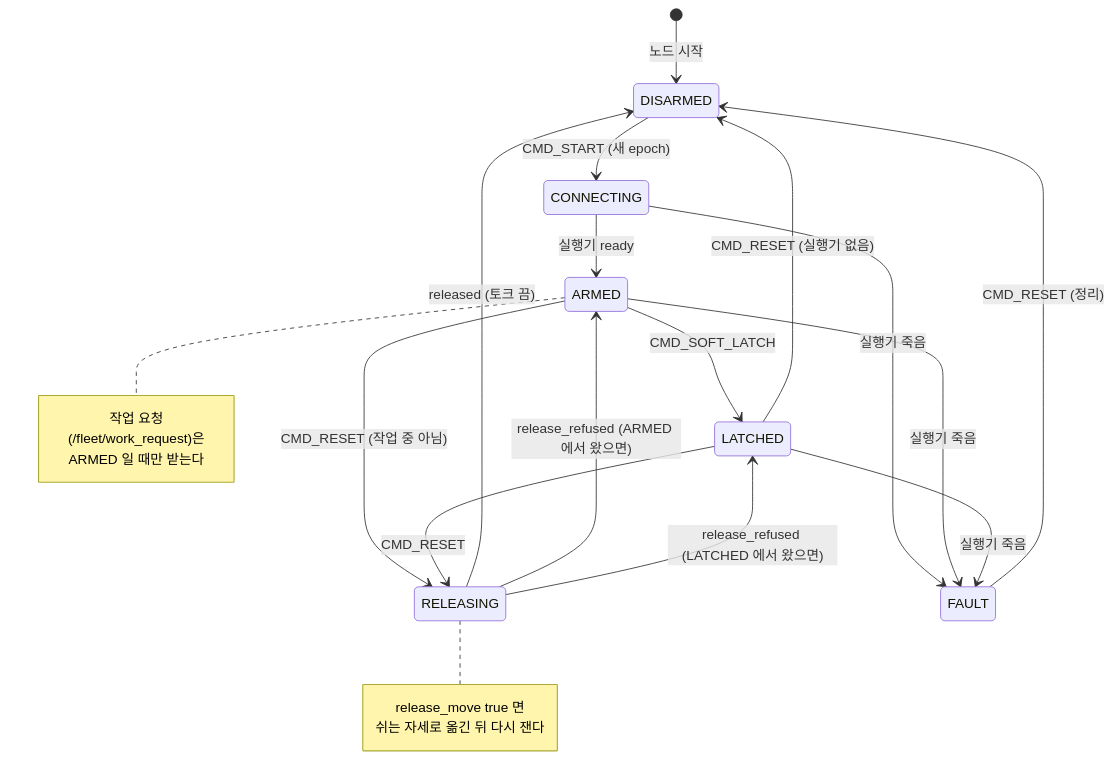
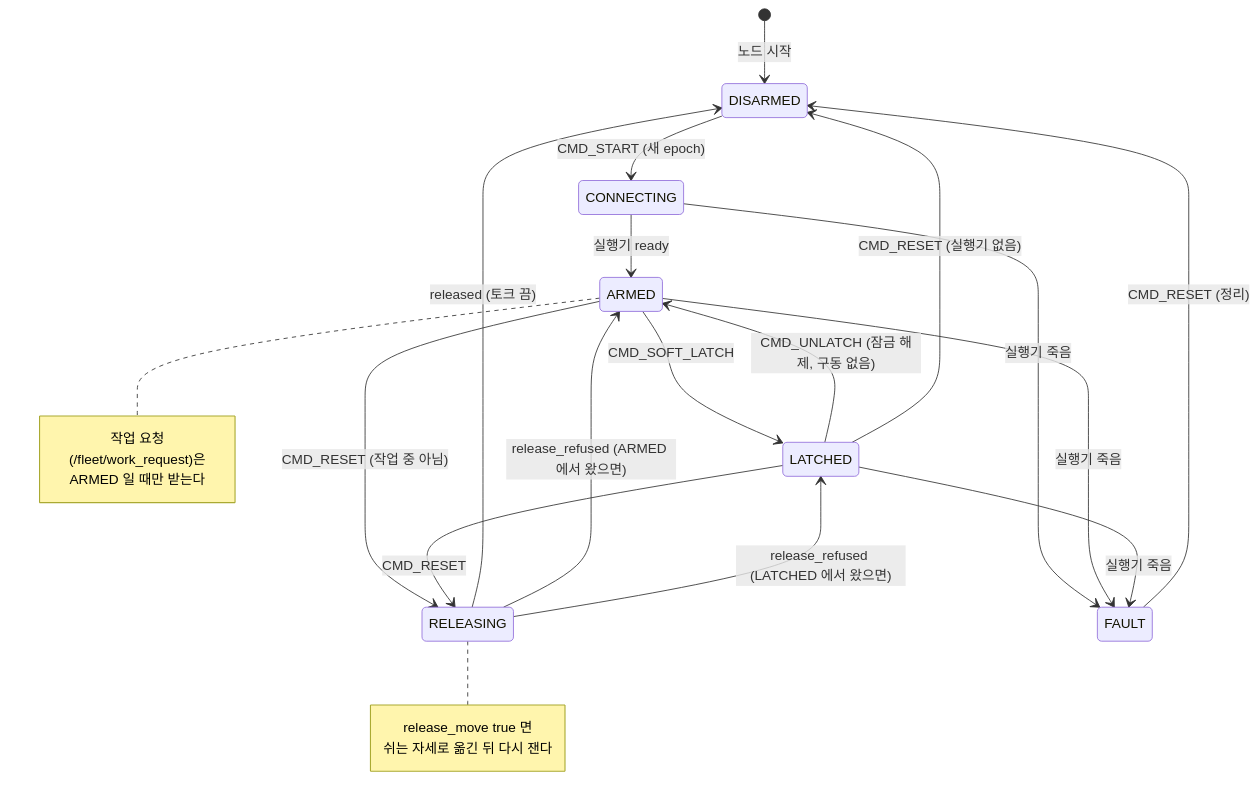
One commit to kernel-robot-8th/kernel-robot-repo-4 changed the second of 3 diagrams in src/cobot_manipulation/docs/prd.md. Above: the diagram before and after it, drawn with Mermaid. The commit also changed other lines of this file and 19 other files, not shown here.

First line of the commit message:
feat(arm): 비상정지 잠금 해제(CMD_UNLATCH)와 전체 비상정지 팔 잠금

````diff
--- a/src/cobot_manipulation/docs/prd.md
+++ b/src/cobot_manipulation/docs/prd.md
@@ -153,25 +153,26 @@
 ```mermaid
 stateDiagram-v2
   [*] --> DISARMED: 노드 시작
   DISARMED --> CONNECTING: CMD_START (새 epoch)
   CONNECTING --> ARMED: 실행기 ready
   ARMED --> LATCHED: CMD_SOFT_LATCH
+  LATCHED --> ARMED: CMD_UNLATCH (잠금 해제, 구동 없음)
   ARMED --> RELEASING: CMD_RESET (작업 중 아님)
   LATCHED --> RELEASING: CMD_RESET
   LATCHED --> DISARMED: CMD_RESET (실행기 없음)
   RELEASING --> DISARMED: released (토크 끔)
   RELEASING --> ARMED: release_refused (ARMED 에서 왔으면)
   RELEASING --> LATCHED: release_refused (LATCHED 에서 왔으면)
   CONNECTING --> FAULT: 실행기 죽음
   ARMED --> FAULT: 실행기 죽음
   LATCHED --> FAULT: 실행기 죽음
   FAULT --> DISARMED: CMD_RESET (정리)
   note right of ARMED
     작업 요청(/fleet/work_request)은
     ARMED 일 때만 받는다
   end note
   note right of RELEASING
     release_move true 면
     쉬는 자세로 옮긴 뒤 다시 잰다
   end note
 ```
````
